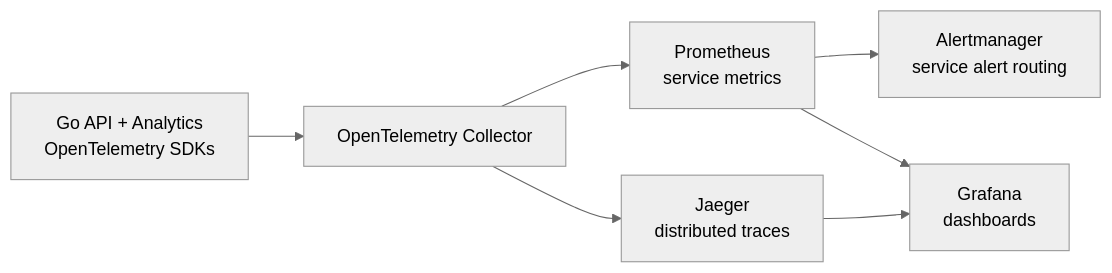
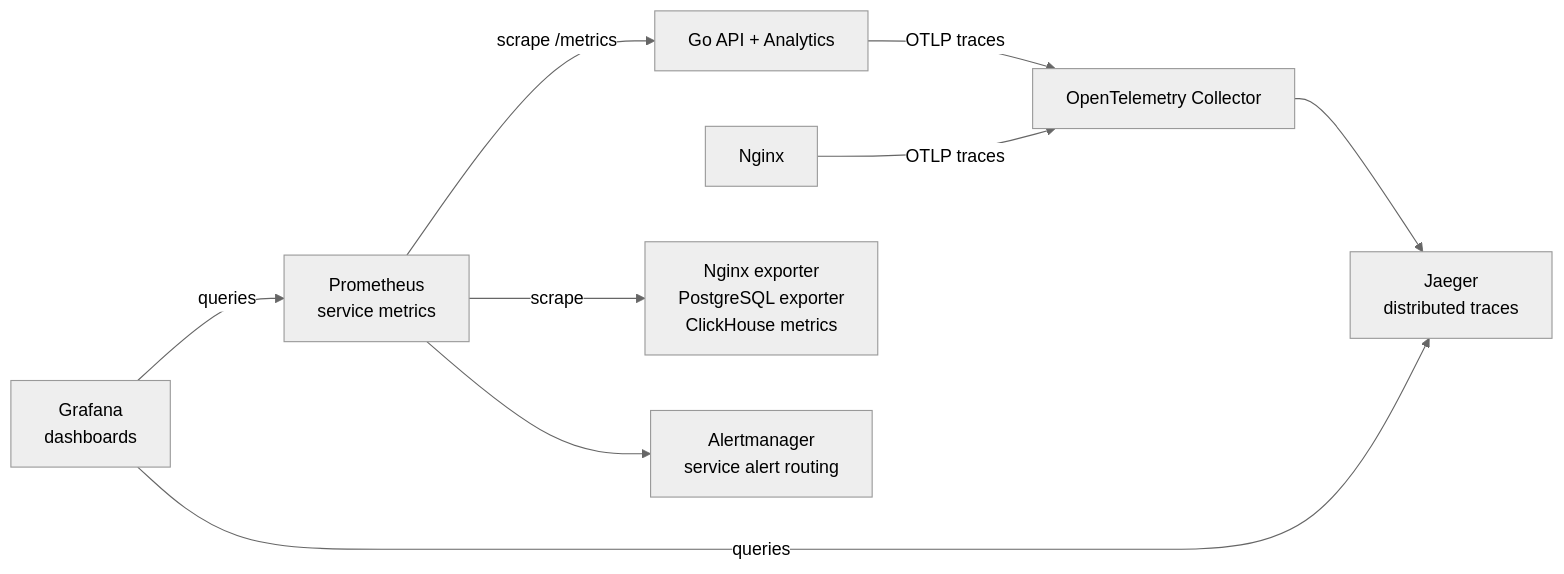
The second of 2 diagrams in docs/machine-whisperer-project-design.md (vladgrskkh/machine-whisperer), drawn with Mermaid (neutral theme) before and after one commit. The commit also changed other lines of this file and 64 other files, not shown here.

First line of the commit message:
feat: expose and scrape Prometheus metrics

````diff
--- a/docs/machine-whisperer-project-design.md
+++ b/docs/machine-whisperer-project-design.md
@@ -78,9 +78,11 @@
 ```mermaid
 flowchart LR
-    services["Go API + Analytics<br/>OpenTelemetry SDKs"] --> collector["OpenTelemetry Collector"]
-    collector --> prometheus["Prometheus<br/>service metrics"]
+    services["Go API + Analytics"] -->|OTLP traces| collector["OpenTelemetry Collector"]
+    nginx["Nginx"] -->|OTLP traces| collector
+    prometheus["Prometheus<br/>service metrics"] -->|scrape /metrics| services
+    prometheus -->|scrape| infra["Nginx exporter<br/>PostgreSQL exporter<br/>ClickHouse metrics"]
     collector --> jaeger["Jaeger<br/>distributed traces"]
     prometheus --> alertmanager["Alertmanager<br/>service alert routing"]
-    prometheus --> grafana["Grafana<br/>dashboards"]
-    jaeger --> grafana
+    grafana["Grafana<br/>dashboards"] -->|queries| prometheus
+    grafana -->|queries| jaeger
 ```
````
